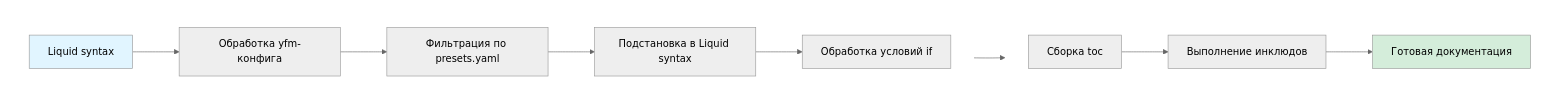
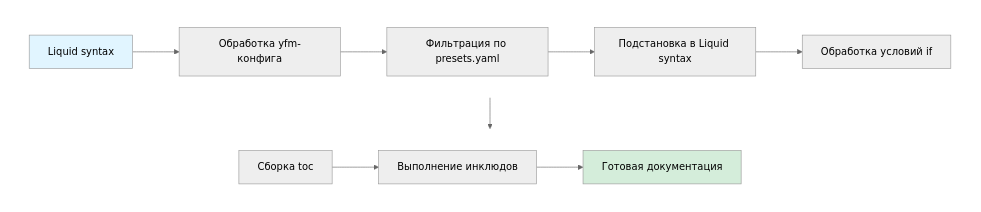
The diagram in ru/dev/requirements.md (diplodoc-platform/docs), drawn with Mermaid (neutral theme) before and after one commit. The commit also changed other lines of this file, not shown here.

Commit message:
Remake mermaid to vertical

````diff
--- a/ru/dev/requirements.md
+++ b/ru/dev/requirements.md
@@ -13,28 +14,25 @@
 ```mermaid
-flowchart LR
-    subgraph Row1 [ ]
+flowchart TB
+
+    subgraph Row1[ ]
         direction LR
         A[Liquid syntax] --> B[Обработка yfm-конфига]
         B --> C[Фильтрация по presets.yaml]
         C --> D[Подстановка в Liquid syntax]
         D --> E[Обработка условий if]
     end
 
-    %% Невидимая связь для переноса (A под E)
-    A ~~~ F
-
-    subgraph Row2 [ ]
+    subgraph Row2[ ]
         direction LR
         F[Сборка toc] --> G[Выполнение инклюдов]
         G --> H[Готовая документация]
     end
 
-    %% Видимая связь между рядами
+    %% Связь между рядами
     E --> F
 
     style A fill:#e1f5ff
     style H fill:#d4edda
     style Row1 stroke-width:0px,fill:none
     style Row2 stroke-width:0px,fill:none
-
 ```
````
